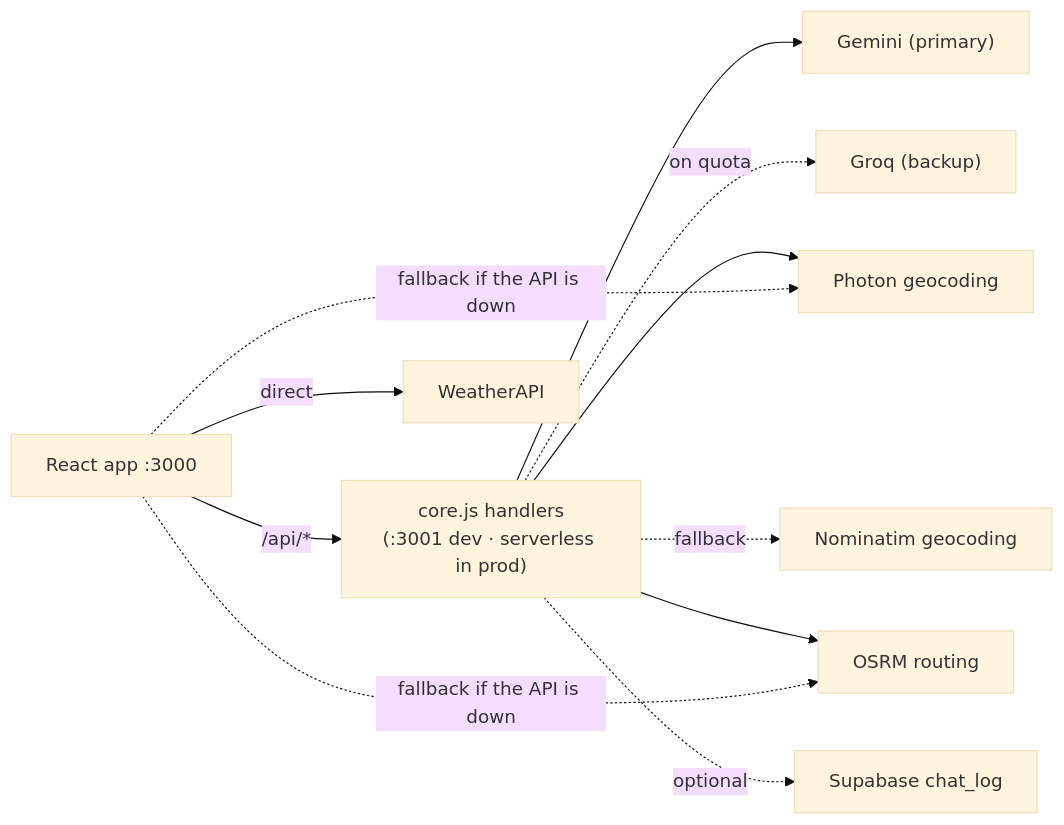
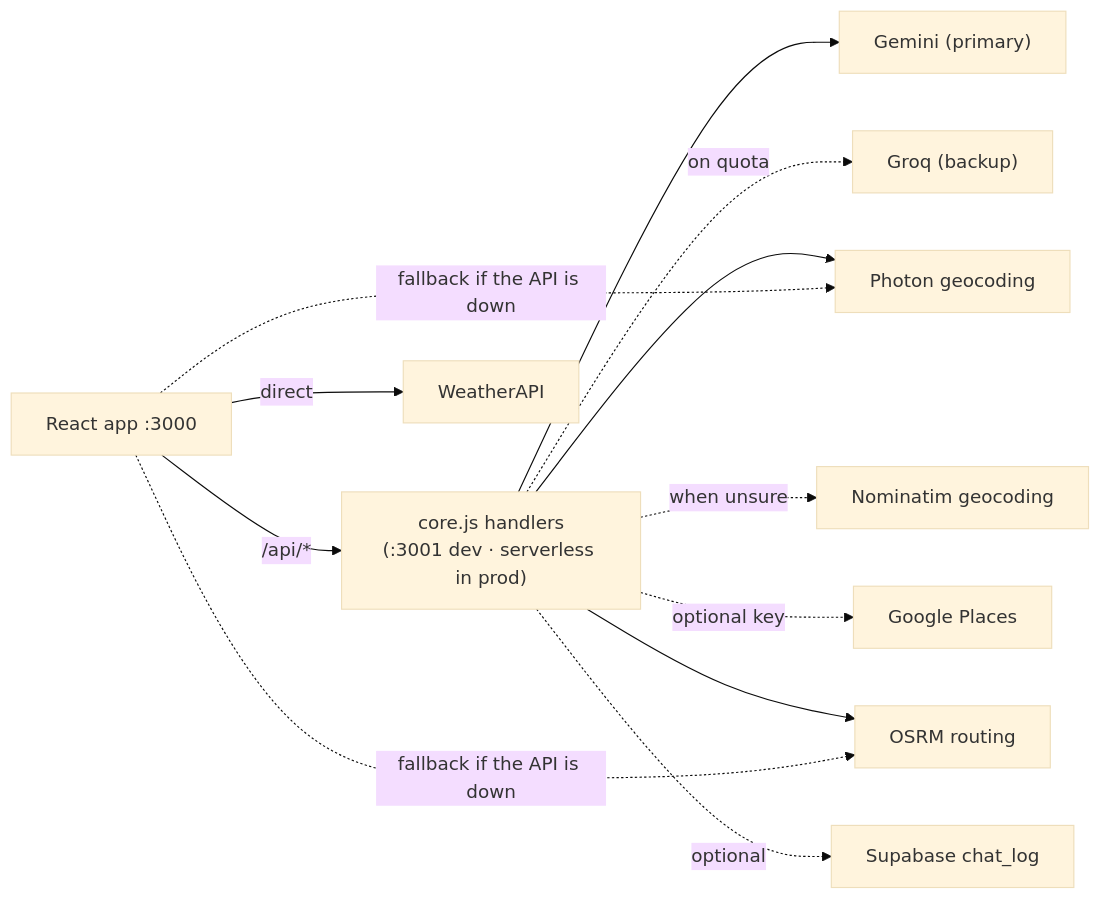
One commit to albertleooonardi/aether changed the diagram in README.md. Above: the diagram before and after it, drawn with Mermaid (base theme). The commit also changed other lines of this file and 17 other files, not shown here.

````diff
--- a/README.md
+++ b/README.md
@@ -97,15 +128,16 @@
 ```mermaid
 flowchart LR
     UI["React app :3000"] -->|/api/*| API["core.js handlers<br/>(:3001 dev · serverless in prod)"]
     UI -->|direct| WAPI["WeatherAPI"]
 
     API --> GEM["Gemini (primary)"]
     API -.->|on quota| GROQ["Groq (backup)"]
     API --> PHO["Photon geocoding"]
-    API -.->|fallback| NOM["Nominatim geocoding"]
+    API -.->|when unsure| NOM["Nominatim geocoding"]
+    API -.->|optional key| GPL["Google Places"]
     API --> OSRM["OSRM routing"]
     API -.->|optional| SUPA["Supabase chat_log"]
 
     UI -.->|"fallback if the API is down"| PHO
     UI -.->|"fallback if the API is down"| OSRM
 ```
````
